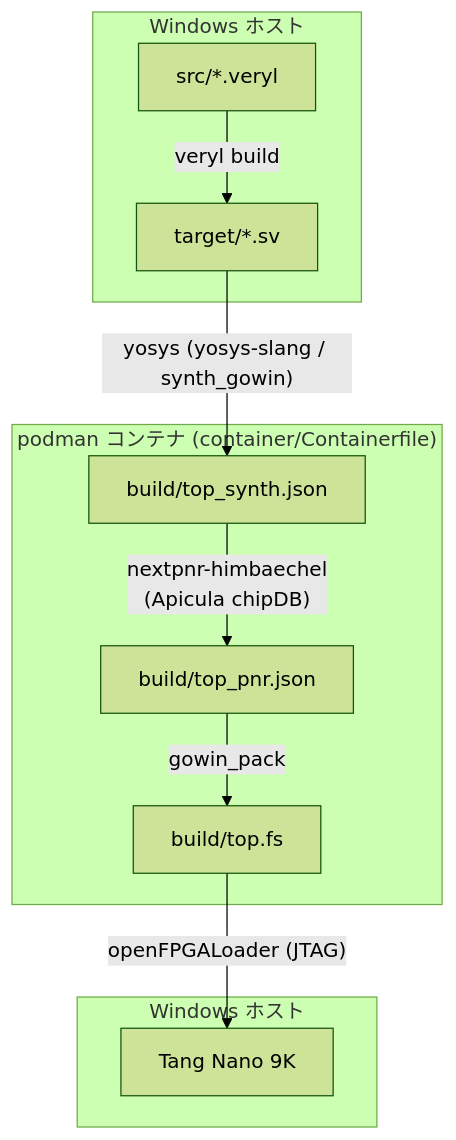
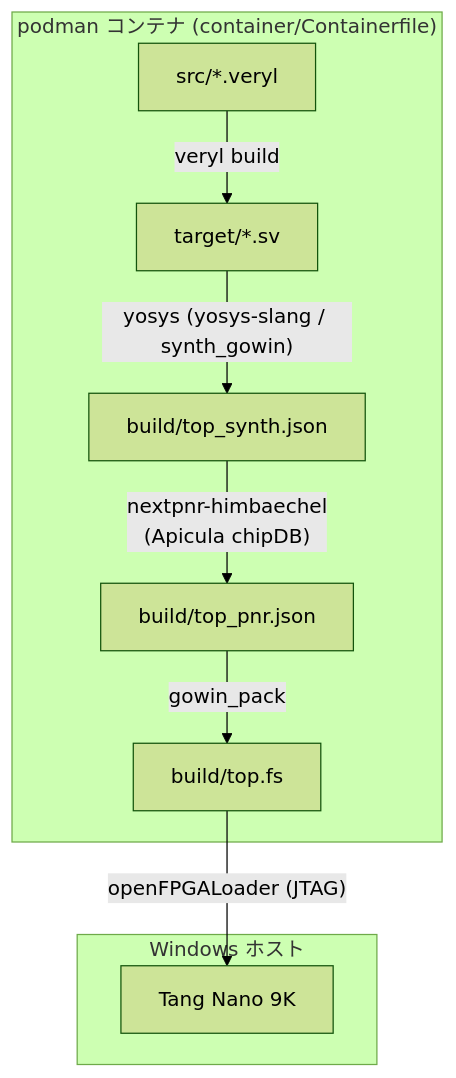
One commit to sabas0ba/hello_veryl changed the diagram in README.md. Above: the diagram before and after it, drawn with Mermaid (forest theme). The commit also changed other lines of this file and 5 other files, not shown here.

````diff
--- a/README.md
+++ b/README.md
@@ -32,15 +35,13 @@
 ```mermaid
 flowchart TB
-    subgraph host["Windows ホスト"]
+    subgraph pod["podman コンテナ (container/Containerfile)"]
         SRC["src/*.veryl"] -- "veryl build" --> SV["target/*.sv"]
-    end
-    subgraph pod["podman コンテナ (container/Containerfile)"]
-        SYN["build/top_synth.json"] -- "nextpnr-himbaechel<br>(Apicula chipDB)" --> PNR["build/top_pnr.json"]
+        SV -- "yosys (yosys-slang / synth_gowin)" --> SYN["build/top_synth.json"]
+        SYN -- "nextpnr-himbaechel<br>(Apicula chipDB)" --> PNR["build/top_pnr.json"]
         PNR -- "gowin_pack" --> FS["build/top.fs"]
     end
-    subgraph flash["Windows ホスト "]
+    subgraph flash["Windows ホスト"]
         BOARD["Tang Nano 9K"]
     end
-    SV -- "yosys (yosys-slang / synth_gowin)" --> SYN
     FS -- "openFPGALoader (JTAG)" --> BOARD
 ```
````
